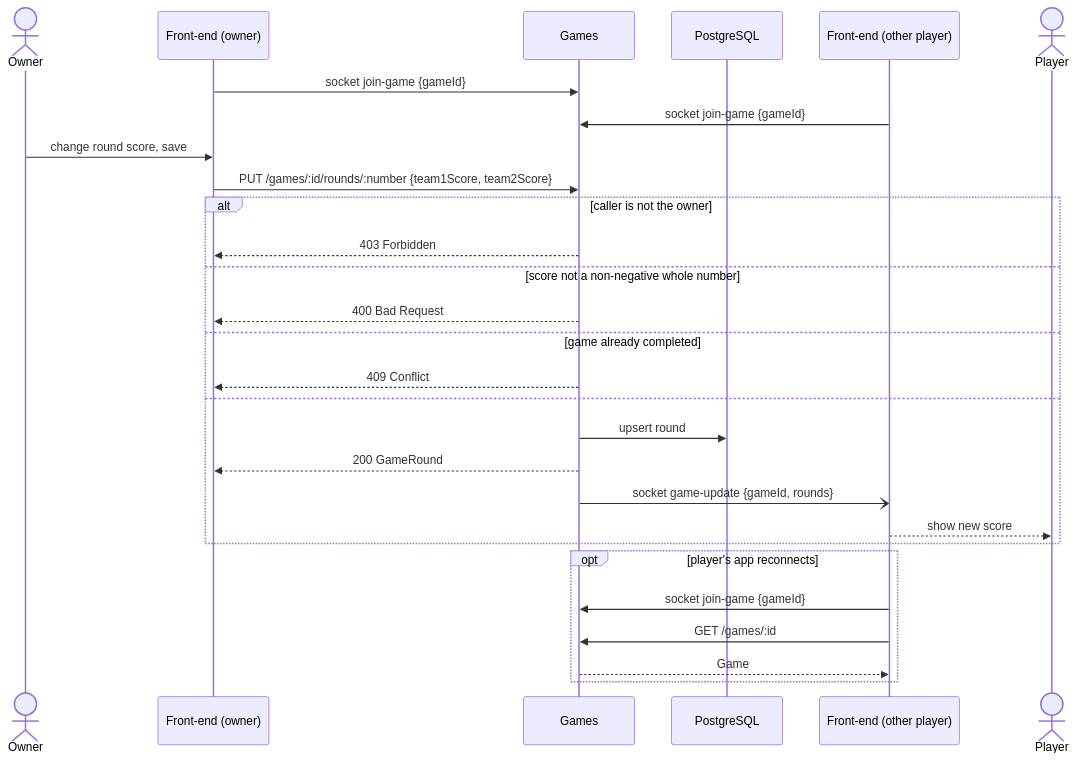
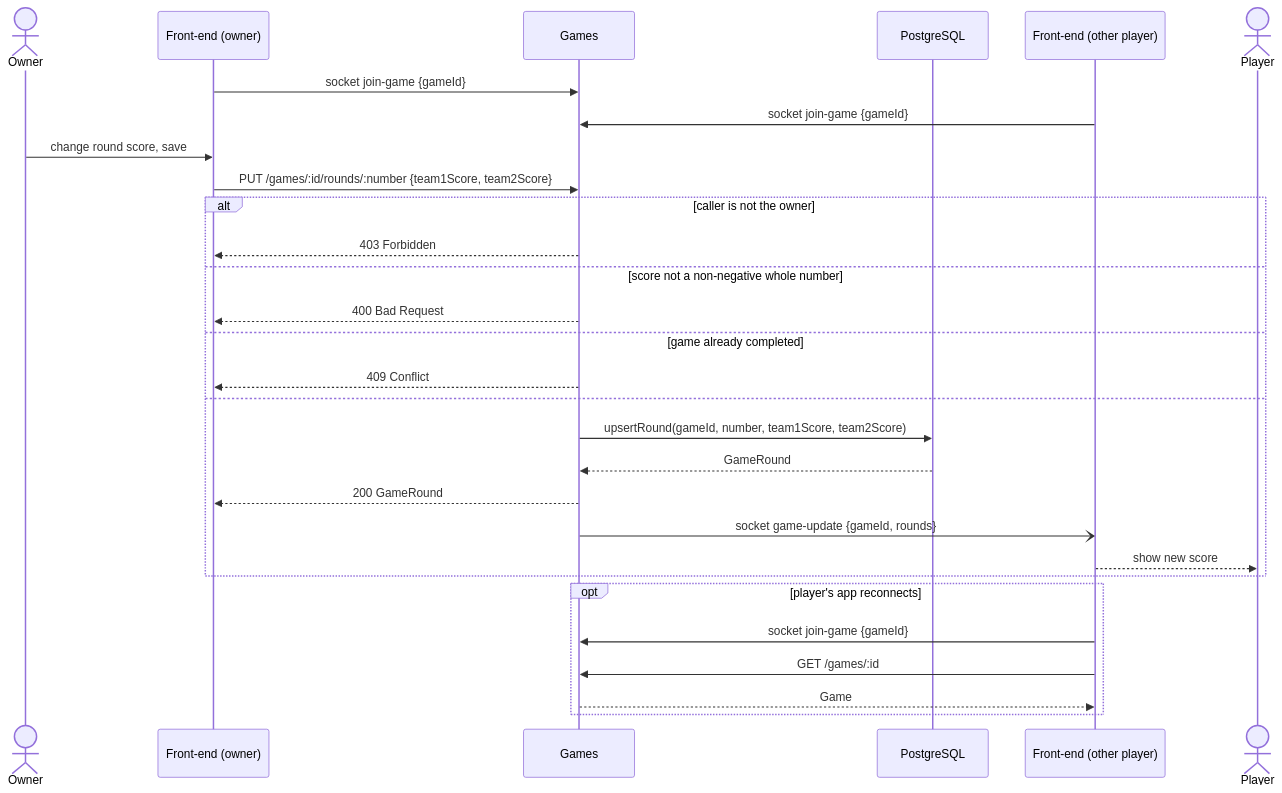
Before and after one commit to donut-cpen321/donut: the seventh of 7 diagrams in documentation/Requirements_and_Design.md, drawn with Mermaid. The commit also changed other lines of this file, not shown here.

````diff
--- a/documentation/Requirements_and_Design.md
+++ b/documentation/Requirements_and_Design.md
@@ -729,32 +759,33 @@
 ```mermaid
 sequenceDiagram
     actor Owner
     participant FO as Front-end (owner)
     participant G as Games
     participant DB as PostgreSQL
     participant FP as Front-end (other player)
     actor Player
 
     FO->>G: socket join-game {gameId}
     FP->>G: socket join-game {gameId}
     Owner->>FO: change round score, save
     FO->>G: PUT /games/:id/rounds/:number {team1Score, team2Score}
     alt caller is not the owner
         G-->>FO: 403 Forbidden
     else score not a non-negative whole number
         G-->>FO: 400 Bad Request
     else game already completed
         G-->>FO: 409 Conflict
     else
-        G->>DB: upsert round
+        G->>DB: upsertRound(gameId, number, team1Score, team2Score)
+        DB-->>G: GameRound
         G-->>FO: 200 GameRound
         G-)FP: socket game-update {gameId, rounds}
         FP-->>Player: show new score
     end
 
     opt player's app reconnects
         FP->>G: socket join-game {gameId}
         FP->>G: GET /games/:id
         G-->>FP: Game
     end
 ```
````
